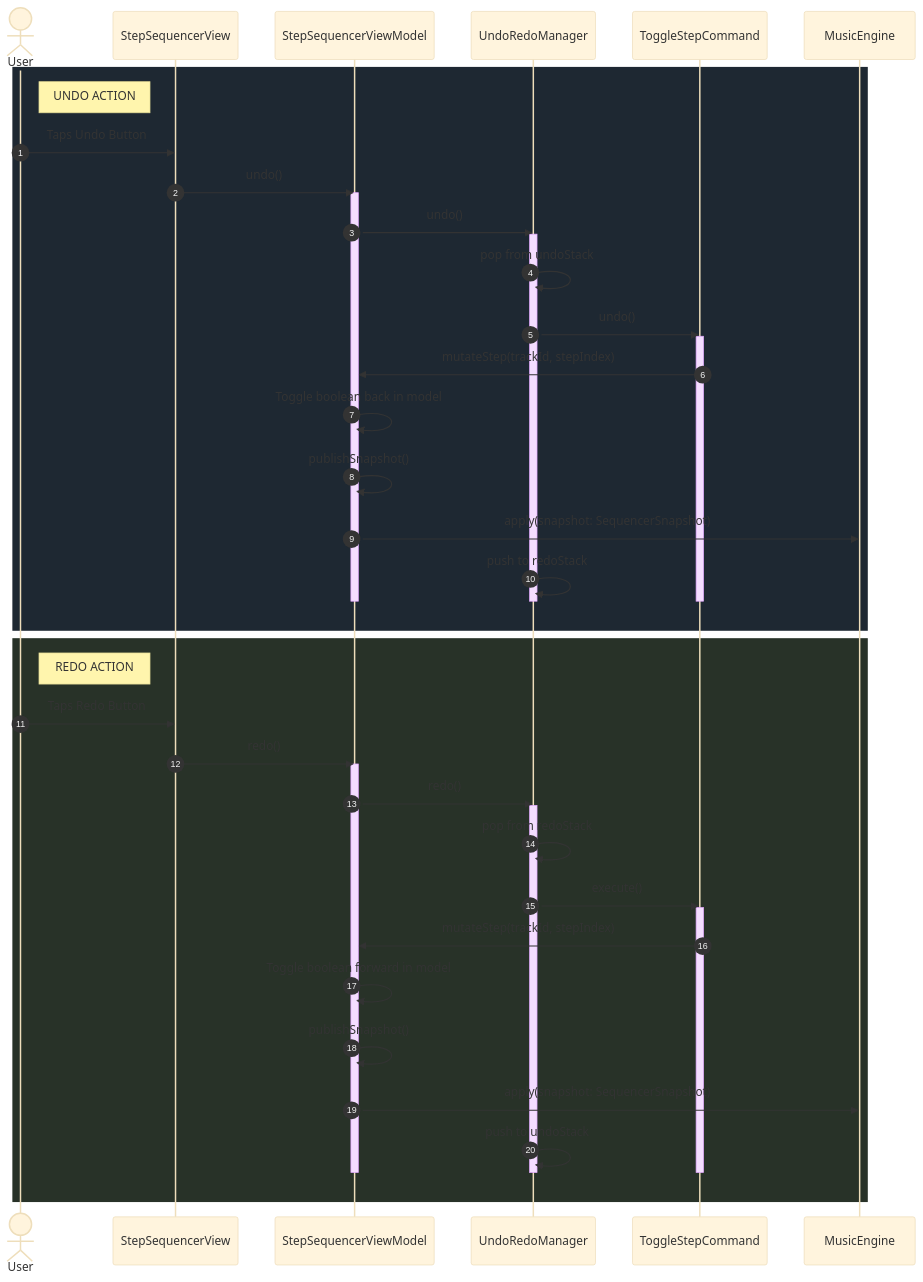
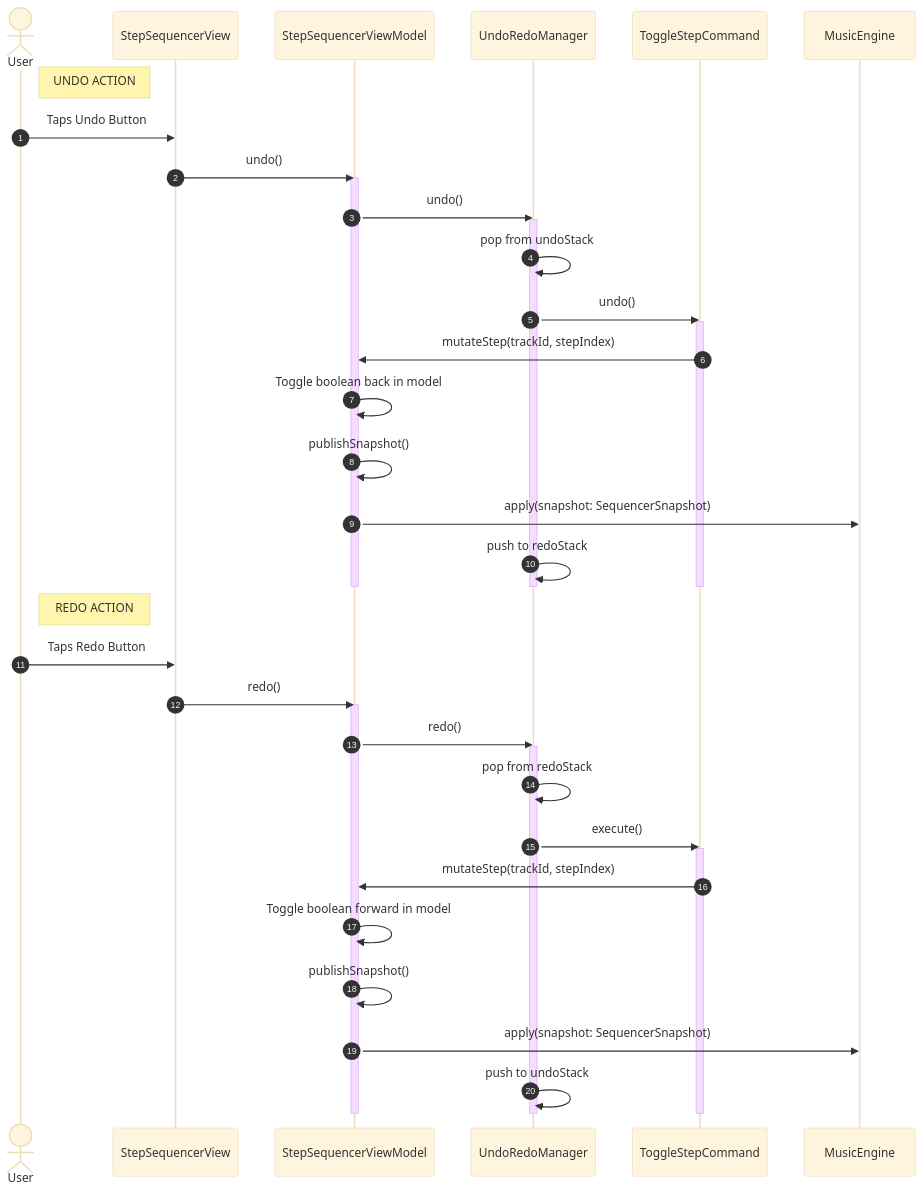
One commit to cs3217-2526/group-project-metrojuicepaak changed the diagram in docs/sequence diagrams/StepSequencer/toggling_step_undo_redo.mmd. Above: the diagram before and after it, drawn with Mermaid (base theme). The commit also changed 17 other files, not shown here.

Commit message:
added sequence diagrams

```diff
--- a/docs/sequence diagrams/StepSequencer/toggling_step_undo_redo.mmd
+++ b/docs/sequence diagrams/StepSequencer/toggling_step_undo_redo.mmd
@@ -1,54 +1,51 @@
 sequenceDiagram
     autonumber
     actor User
     participant View as StepSequencerView
     participant VM as StepSequencerViewModel
     participant URM as UndoRedoManager
     participant Cmd as ToggleStepCommand
     participant Engine as MusicEngine
 
-    rect rgb(30, 40, 50)
         note right of User: UNDO ACTION
         User->>View: Taps Undo Button
         View->>VM: undo()
         activate VM
         VM->>URM: undo()
         activate URM
         
         URM->>URM: pop from undoStack
         URM->>Cmd: undo()
         activate Cmd
         Cmd->>VM: mutateStep(trackId, stepIndex)
         
         VM->>VM: Toggle boolean back in model
         VM->>VM: publishSnapshot()
         VM->>Engine: apply(snapshot: SequencerSnapshot)
         
         URM->>URM: push to redoStack
         deactivate Cmd
         deactivate URM
         deactivate VM
-    end
     
-    rect rgb(40, 50, 40)
+    
         note right of User: REDO ACTION
         User->>View: Taps Redo Button
         View->>VM: redo()
         activate VM
         VM->>URM: redo()
         activate URM
         
         URM->>URM: pop from redoStack
         URM->>Cmd: execute()
         activate Cmd
         Cmd->>VM: mutateStep(trackId, stepIndex)
         
         VM->>VM: Toggle boolean forward in model
         VM->>VM: publishSnapshot()
         VM->>Engine: apply(snapshot: SequencerSnapshot)
         
         URM->>URM: push to undoStack
         deactivate Cmd
         deactivate URM
         deactivate VM
-    end
```
